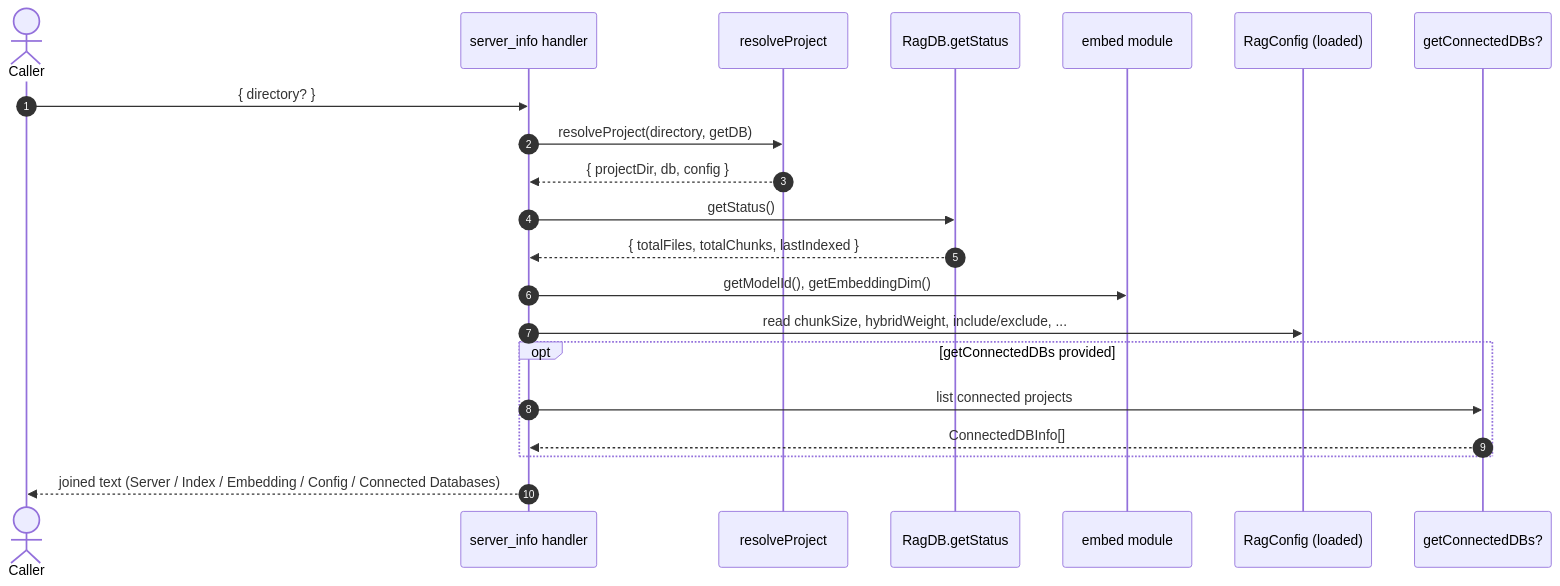
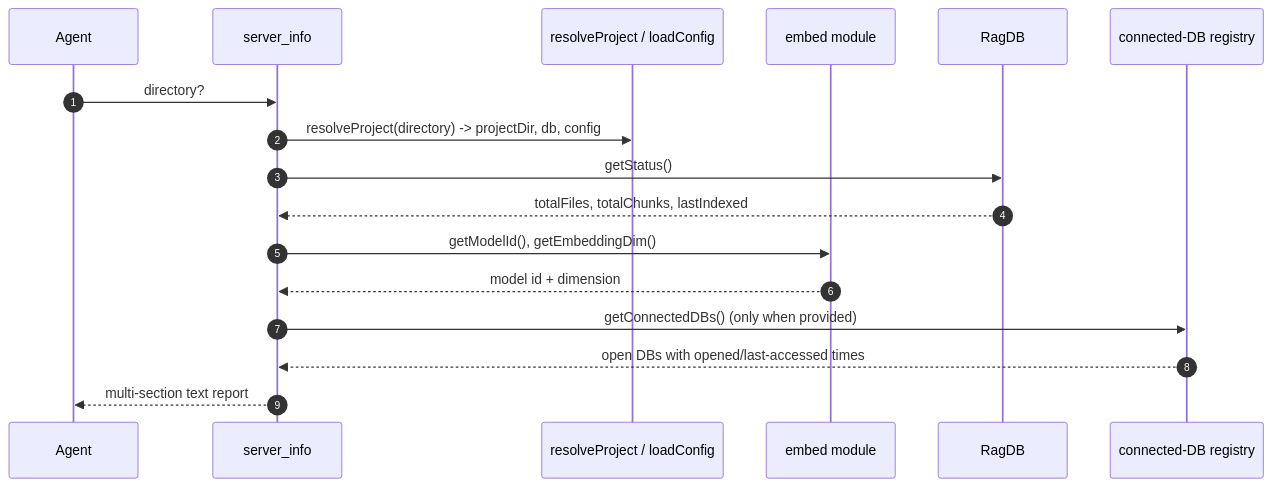
Before and after one commit to TheWinci/mimirs: the diagram in wiki/tools/server-info.md, drawn with Mermaid. The commit also changed other lines of this file and 52 other files, not shown here.

````diff
--- a/wiki/tools/server-info.md
+++ b/wiki/tools/server-info.md
@@ -9,23 +29,19 @@
 ```mermaid
 sequenceDiagram
     autonumber
-    actor Caller
-    participant Handler as server_info handler
-    participant Resolve as resolveProject
-    participant DB as RagDB.getStatus
-    participant Embed as embed module
-    participant Cfg as RagConfig (loaded)
-    participant Conns as getConnectedDBs?
-    Caller->>Handler: { directory? }
-    Handler->>Resolve: resolveProject(directory, getDB)
-    Resolve-->>Handler: { projectDir, db, config }
-    Handler->>DB: getStatus()
-    DB-->>Handler: { totalFiles, totalChunks, lastIndexed }
-    Handler->>Embed: getModelId(), getEmbeddingDim()
-    Handler->>Cfg: read chunkSize, hybridWeight, include/exclude, ...
-    opt getConnectedDBs provided
-        Handler->>Conns: list connected projects
-        Conns-->>Handler: ConnectedDBInfo[]
-    end
-    Handler-->>Caller: joined text (Server / Index / Embedding / Config / Connected Databases)
+    participant Agent
+    participant Tool as server_info
+    participant Cfg as resolveProject / loadConfig
+    participant Emb as embed module
+    participant DB as RagDB
+    participant Reg as connected-DB registry
+    Agent->>Tool: directory?
+    Tool->>Cfg: resolveProject(directory) -> projectDir, db, config
+    Tool->>DB: getStatus()
+    DB-->>Tool: totalFiles, totalChunks, lastIndexed
+    Tool->>Emb: getModelId(), getEmbeddingDim()
+    Emb-->>Tool: model id + dimension
+    Tool->>Reg: getConnectedDBs() (only when provided)
+    Reg-->>Tool: open DBs with opened/last-accessed times
+    Tool-->>Agent: multi-section text report
 ```
````
